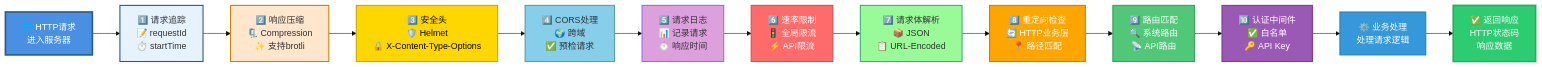
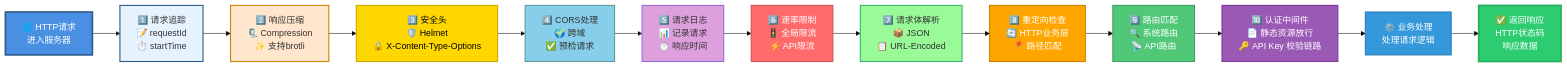
The seventh of 13 diagrams in docs/server.md (sunflowermm/XRK-AGT), drawn with Mermaid (base theme) before and after one commit. The commit also changed other lines of this file and 9 other files, not shown here.

````diff
--- a/docs/server.md
+++ b/docs/server.md
@@ -378,29 +378,29 @@
 ```mermaid
 flowchart LR
     Request["🌐 HTTP请求<br/>进入服务器"] --> Track["1️⃣ 请求追踪<br/>📝 requestId<br/>⏱️ startTime"]
     Track --> Compress["2️⃣ 响应压缩<br/>🗜️ Compression<br/>✨ 支持brotli"]
     Compress --> Helmet["3️⃣ 安全头<br/>🛡️ Helmet<br/>🔒 X-Content-Type-Options"]
     Helmet --> CORS["4️⃣ CORS处理<br/>🌍 跨域<br/>✅ 预检请求"]
     CORS --> Logging["5️⃣ 请求日志<br/>📊 记录请求<br/>⏱️ 响应时间"]
     Logging --> RateLimit["6️⃣ 速率限制<br/>🚦 全局限流<br/>⚡ API限流"]
     RateLimit --> BodyParser["7️⃣ 请求体解析<br/>📦 JSON<br/>📋 URL-Encoded"]
     BodyParser --> Redirect["8️⃣ 重定向检查<br/>🔄 HTTP业务层<br/>📍 路径匹配"]
     Redirect --> Routes["9️⃣ 路由匹配<br/>🔍 系统路由<br/>📡 API路由"]
-    Routes --> Auth["🔟 认证中间件<br/>✅ 白名单<br/>🔑 API Key"]
+    Routes --> Auth["🔟 认证中间件<br/>📄 静态资源放行<br/>🔑 API Key 校验链路"]
     Auth --> Handler["⚙️ 业务处理<br/>处理请求逻辑"]
     Handler --> Response["✅ 返回响应<br/>HTTP状态码<br/>响应数据"]
     
     style Request fill:#4A90E2,stroke:#2E5C8A,stroke-width:3px,color:#fff
     style Track fill:#E6F3FF,stroke:#2E5C8A,stroke-width:2px
     style Compress fill:#FFE6CC,stroke:#CC8400,stroke-width:2px
     style Helmet fill:#FFD700,stroke:#CCAA00,stroke-width:2px,color:#000
     style CORS fill:#87CEEB,stroke:#5F9EA0,stroke-width:2px
     style Logging fill:#DDA0DD,stroke:#9370DB,stroke-width:2px
     style RateLimit fill:#FF6B6B,stroke:#CC5555,stroke-width:2px,color:#fff
     style BodyParser fill:#98FB98,stroke:#3CB371,stroke-width:2px
     style Redirect fill:#FFA500,stroke:#CC8400,stroke-width:2px,color:#fff
     style Routes fill:#50C878,stroke:#3FA060,stroke-width:2px,color:#fff
     style Auth fill:#9B59B6,stroke:#7D3C98,stroke-width:2px,color:#fff
     style Handler fill:#3498DB,stroke:#2980B9,stroke-width:2px,color:#fff
     style Response fill:#2ECC71,stroke:#27AE60,stroke-width:3px,color:#fff
 ```
````
